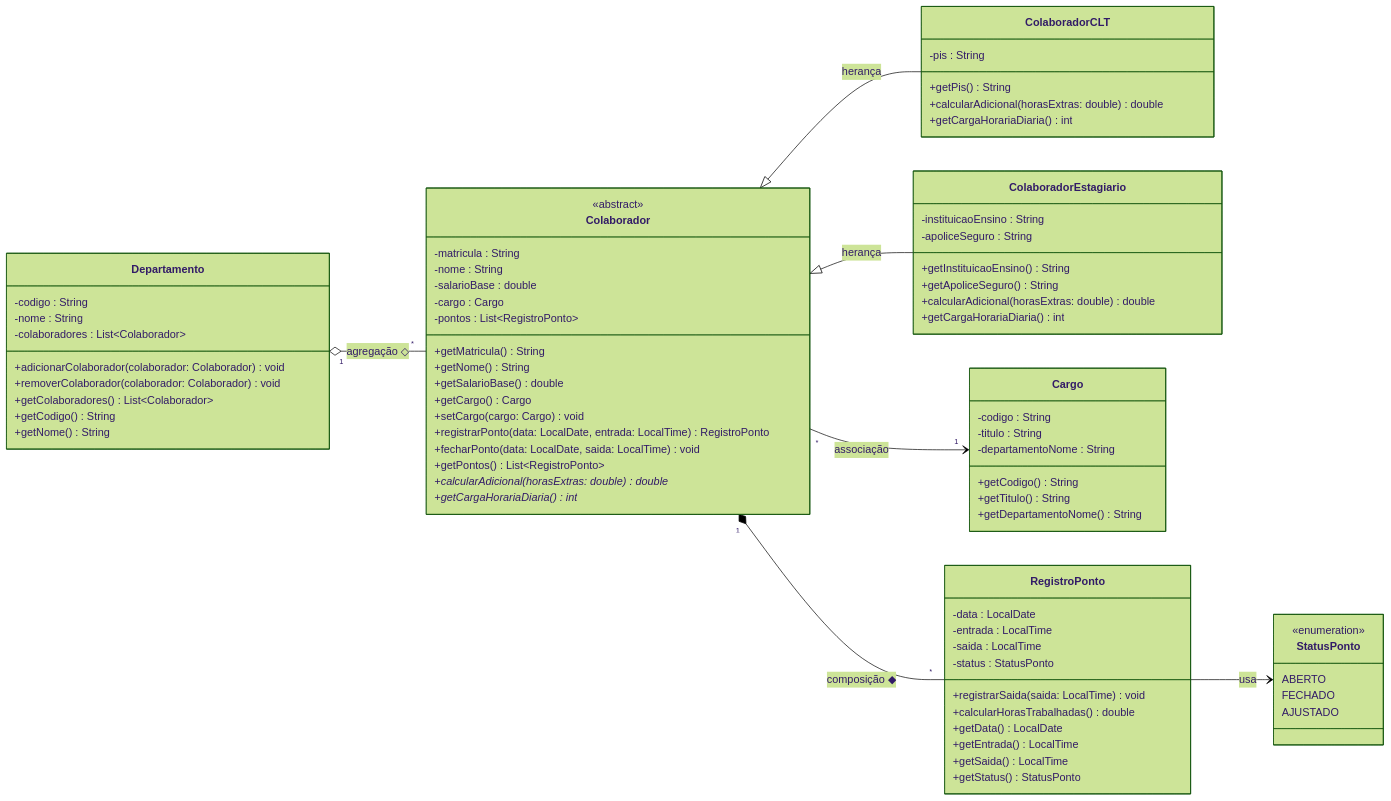
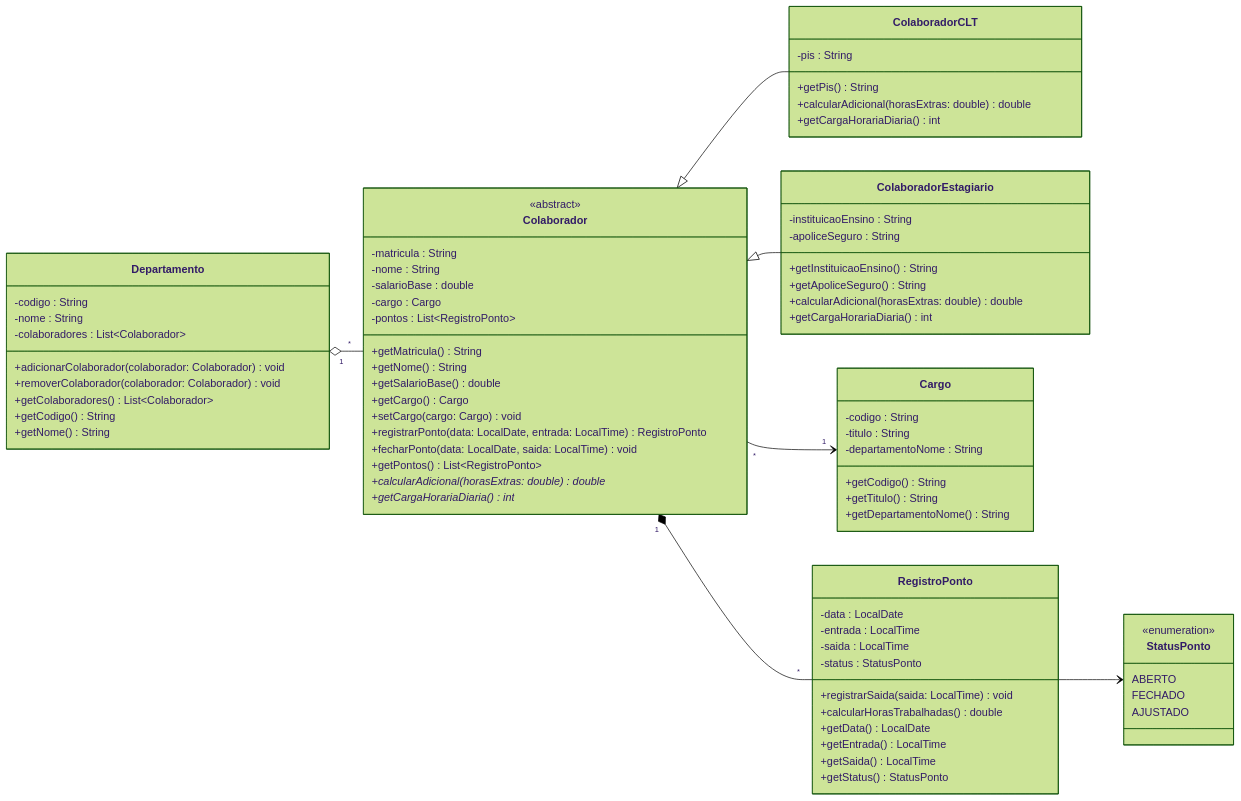
One commit to MrFelps/projeto_faculdade changed the diagram in README.md. Above: the diagram before and after it, drawn with Mermaid (forest theme). The commit also changed other lines of this file and 9 other files, not shown here.

````diff
--- a/README.md
+++ b/README.md
@@ -49,6 +13,7 @@
 ```mermaid
 classDiagram
     direction LR
+
     class Colaborador {
         <<abstract>>
         -matricula : String
@@ -124,10 +89,10 @@
         AJUSTADO
     }
 
-    Colaborador <|-- ColaboradorCLT : herança
-    Colaborador <|-- ColaboradorEstagiario : herança
-    Colaborador "1" *-- "*" RegistroPonto : composição ◆
-    Departamento "1" o-- "*" Colaborador : agregação ◇
-    Colaborador "*" --> "1" Cargo : associação
-    RegistroPonto --> StatusPonto : usa
+    Colaborador <|-- ColaboradorCLT
+    Colaborador <|-- ColaboradorEstagiario
+    Colaborador "1" *-- "*" RegistroPonto
+    Departamento "1" o-- "*" Colaborador
+    Colaborador "*" --> "1" Cargo
+    RegistroPonto --> StatusPonto
 ```
````
